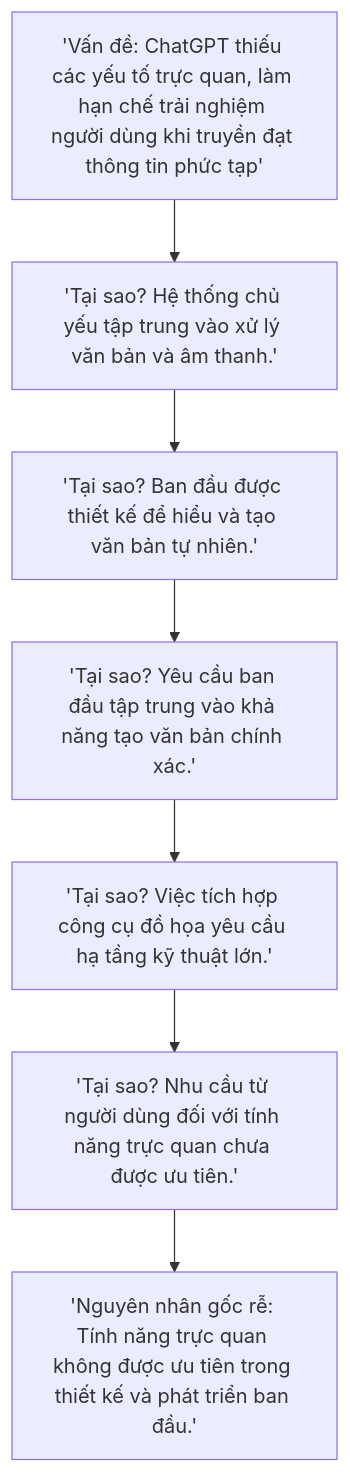
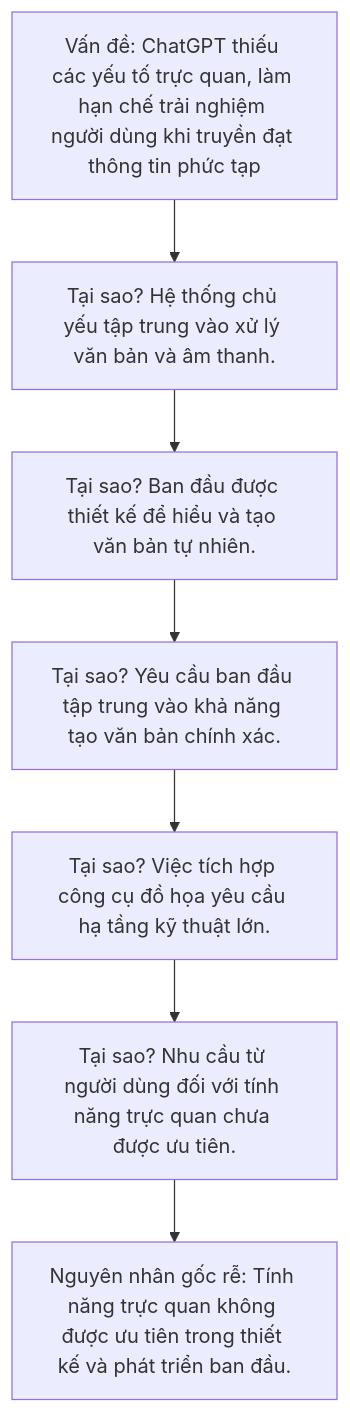
The diagram in docs/designsprintkit/phases/01-Understand/02-Understand-the-Problem/02-Problem-Framing/02-RCA/Five-Whys.mmd (qtvhao/quickcurl), drawn with Mermaid before and after one commit. The commit also changed 8 other files, not shown here.

Commit message:
Fix quotation marks in Mermaid diagrams for consistency and clarity

```diff
--- a/docs/designsprintkit/phases/01-Understand/02-Understand-the-Problem/02-Problem-Framing/02-RCA/Five-Whys.mmd
+++ b/docs/designsprintkit/phases/01-Understand/02-Understand-the-Problem/02-Problem-Framing/02-RCA/Five-Whys.mmd
@@ -1,7 +1,7 @@
 graph TD
-    A['Vấn đề: ChatGPT thiếu các yếu tố trực quan, làm hạn chế trải nghiệm người dùng khi truyền đạt thông tin phức tạp'] --> B['Tại sao? Hệ thống chủ yếu tập trung vào xử lý văn bản và âm thanh.']
-    B --> C['Tại sao? Ban đầu được thiết kế để hiểu và tạo văn bản tự nhiên.']
-    C --> D['Tại sao? Yêu cầu ban đầu tập trung vào khả năng tạo văn bản chính xác.']
-    D --> E['Tại sao? Việc tích hợp công cụ đồ họa yêu cầu hạ tầng kỹ thuật lớn.']
-    E --> F['Tại sao? Nhu cầu từ người dùng đối với tính năng trực quan chưa được ưu tiên.']
-    F --> G['Nguyên nhân gốc rễ: Tính năng trực quan không được ưu tiên trong thiết kế và phát triển ban đầu.']
+    A["Vấn đề: ChatGPT thiếu các yếu tố trực quan, làm hạn chế trải nghiệm người dùng khi truyền đạt thông tin phức tạp"] --> B["Tại sao? Hệ thống chủ yếu tập trung vào xử lý văn bản và âm thanh."]
+    B --> C["Tại sao? Ban đầu được thiết kế để hiểu và tạo văn bản tự nhiên."]
+    C --> D["Tại sao? Yêu cầu ban đầu tập trung vào khả năng tạo văn bản chính xác."]
+    D --> E["Tại sao? Việc tích hợp công cụ đồ họa yêu cầu hạ tầng kỹ thuật lớn."]
+    E --> F["Tại sao? Nhu cầu từ người dùng đối với tính năng trực quan chưa được ưu tiên."]
+    F --> G["Nguyên nhân gốc rễ: Tính năng trực quan không được ưu tiên trong thiết kế và phát triển ban đầu."]
```
